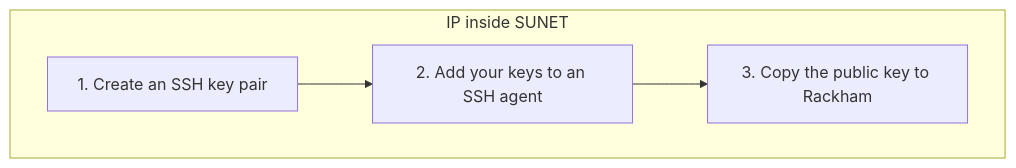
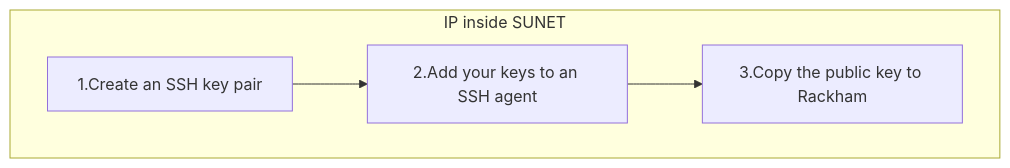
Before and after one commit to UPPMAX/UPPMAX-documentation: the diagram in docs/software/ssh_key_use_rackham.md, drawn with Mermaid. The commit also changed other lines of this file, not shown here.

````diff
--- a/docs/software/ssh_key_use_rackham.md
+++ b/docs/software/ssh_key_use_rackham.md
@@ -25,10 +25,10 @@
 ```mermaid
 flowchart TD
   subgraph ip_inside_sunet[IP inside SUNET]
-    create[1. Create an SSH key pair]
-    add[2. Add your keys to an SSH agent]
-    copy[3. Copy the public key to Rackham]
+    create[1.Create an SSH key pair]
+    add[2.Add your keys to an SSH agent]
+    copy[3.Copy the public key to Rackham]
   end
   create --> add
   add --> copy
 ```
````
